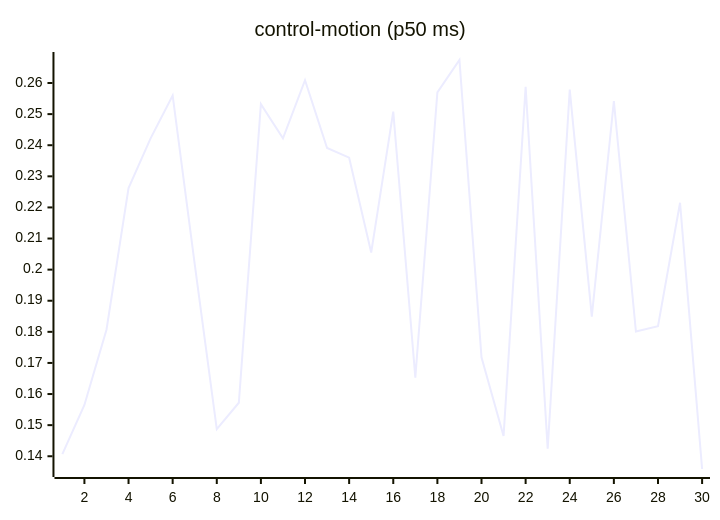
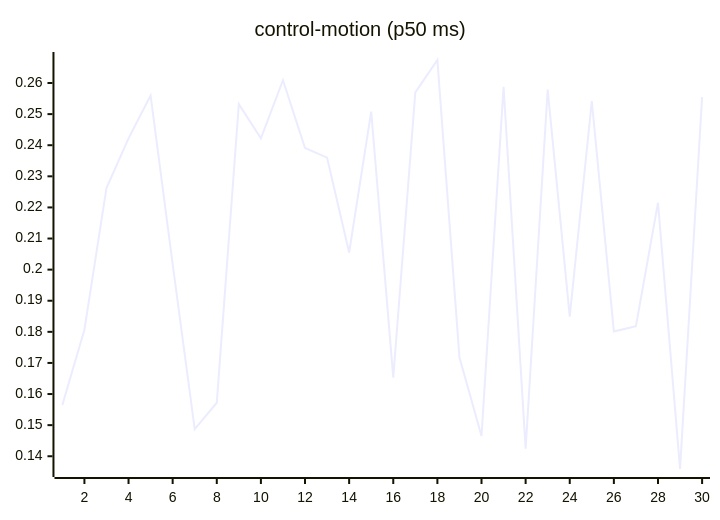
Before and after one commit to josha/Facet: the seventh of 27 diagrams in README.md, drawn with Mermaid. The commit also changed other lines of this file and 2 other files, not shown here.

````diff
--- a/README.md
+++ b/README.md
@@ -105,6 +105,6 @@
 ```mermaid
 xychart-beta
     title "control-motion (p50 ms)"
     x-axis 1 --> 30
-    line [0.1407, 0.1565, 0.1807, 0.2262, 0.2422, 0.2560, 0.2018, 0.1487, 0.1572, 0.2532, 0.2422, 0.2609, 0.2391, 0.2360, 0.2055, 0.2508, 0.1653, 0.2570, 0.2674, 0.1718, 0.1465, 0.2588, 0.1424, 0.2579, 0.1849, 0.2542, 0.1801, 0.1818, 0.2215, 0.1359]
+    line [0.1565, 0.1807, 0.2262, 0.2422, 0.2560, 0.2018, 0.1487, 0.1572, 0.2532, 0.2422, 0.2609, 0.2391, 0.2360, 0.2055, 0.2508, 0.1653, 0.2570, 0.2674, 0.1718, 0.1465, 0.2588, 0.1424, 0.2579, 0.1849, 0.2542, 0.1801, 0.1818, 0.2215, 0.1359, 0.2555]
 ```
````
